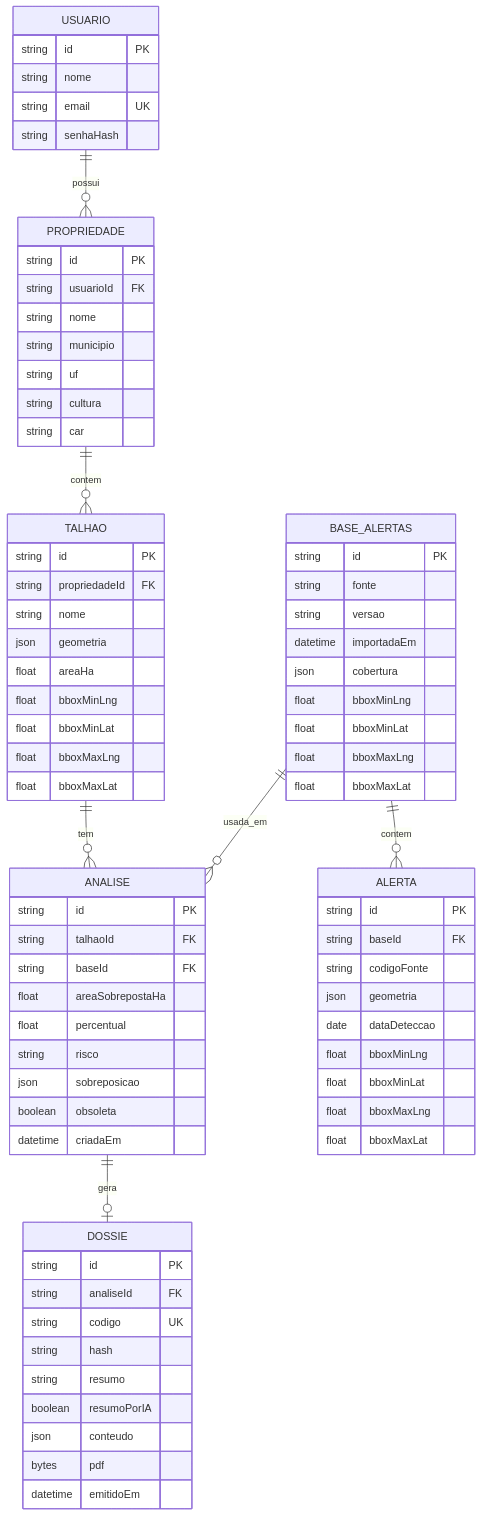
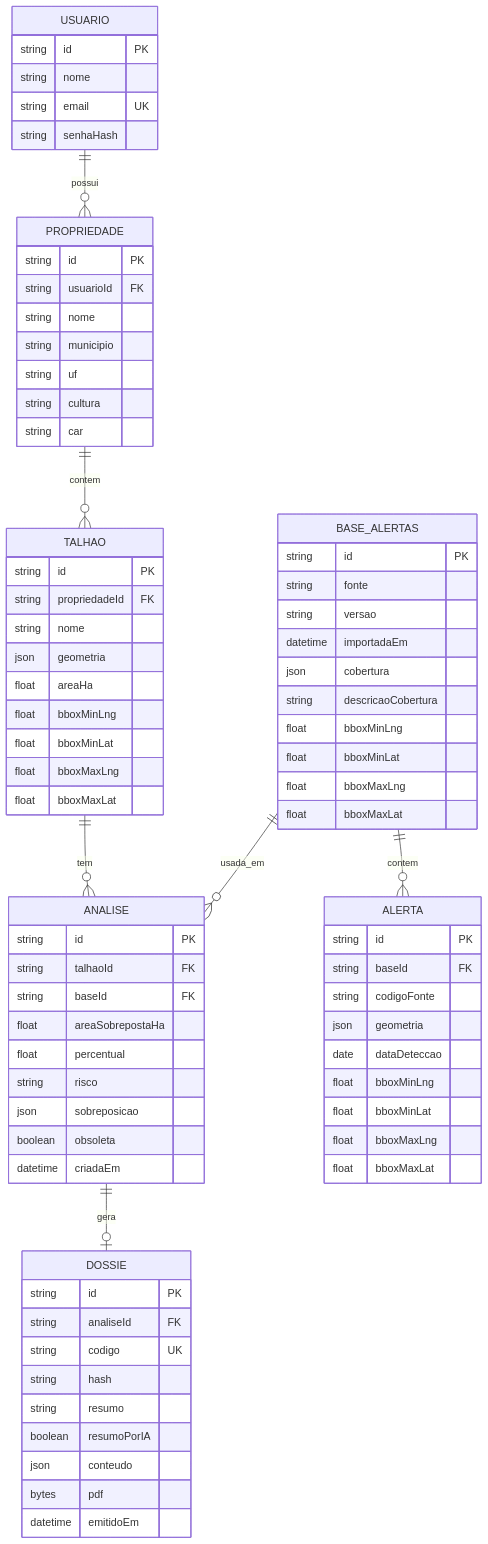
One commit to luizacoelh/RastroVerde changed the fourth of 5 diagrams in docs/04-arquitetura.md. Above: the diagram before and after it, drawn with Mermaid. The commit also changed other lines of this file and 2 other files, not shown here.

````diff
--- a/docs/04-arquitetura.md
+++ b/docs/04-arquitetura.md
@@ -150,80 +150,81 @@
 ```mermaid
 erDiagram
   USUARIO ||--o{ PROPRIEDADE : possui
   PROPRIEDADE ||--o{ TALHAO : contem
   TALHAO ||--o{ ANALISE : tem
   ANALISE ||--o| DOSSIE : gera
   BASE_ALERTAS ||--o{ ALERTA : contem
   BASE_ALERTAS ||--o{ ANALISE : usada_em
 
   USUARIO {
     string id PK
     string nome
     string email UK
     string senhaHash
   }
   PROPRIEDADE {
     string id PK
     string usuarioId FK
     string nome
     string municipio
     string uf
     string cultura
     string car
   }
   TALHAO {
     string id PK
     string propriedadeId FK
     string nome
     json geometria
     float areaHa
     float bboxMinLng
     float bboxMinLat
     float bboxMaxLng
     float bboxMaxLat
   }
   ALERTA {
     string id PK
     string baseId FK
     string codigoFonte
     json geometria
     date dataDeteccao
     float bboxMinLng
     float bboxMinLat
     float bboxMaxLng
     float bboxMaxLat
   }
   BASE_ALERTAS {
     string id PK
     string fonte
     string versao
     datetime importadaEm
     json cobertura
+    string descricaoCobertura
     float bboxMinLng
     float bboxMinLat
     float bboxMaxLng
     float bboxMaxLat
   }
   ANALISE {
     string id PK
     string talhaoId FK
     string baseId FK
     float areaSobrepostaHa
     float percentual
     string risco
     json sobreposicao
     boolean obsoleta
     datetime criadaEm
   }
   DOSSIE {
     string id PK
     string analiseId FK
     string codigo UK
     string hash
     string resumo
     boolean resumoPorIA
     json conteudo
     bytes pdf
     datetime emitidoEm
   }
 ```
````
